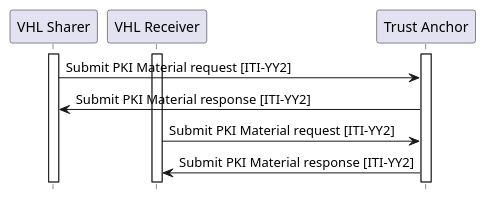
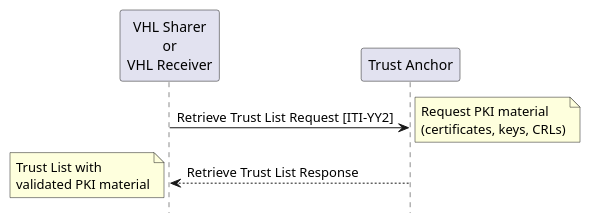
Before and after one commit to IHE/ITI.VHL: the diagram in input/images-source/ITI-YY2.plantuml, drawn with PlantUML. The commit also changed 14 other files, not shown here.

```diff
--- a/input/images-source/ITI-YY2.plantuml
+++ b/input/images-source/ITI-YY2.plantuml
@@ -1,19 +1,20 @@
 @startuml
 skinparam svgDimensionStyle false
 hide footbox
-participant "VHL Sharer" as VHLS
-participant "VHL Receiver" as VHLR
+
+participant "VHL Sharer\nor\nVHL Receiver" as Client
 participant "Trust Anchor" as TA
 
-activate VHLS
-activate TA
-activate VHLR
+Client -> TA: Retrieve Trust List Request [ITI-YY2]
+note right
+  Request PKI material
+  (certificates, keys, CRLs)
+end note
 
-
-VHLS -> TA : Submit PKI Material request [ITI-YY2]
-TA -> VHLS : Submit PKI Material response [ITI-YY2]
-VHLR -> TA : Submit PKI Material request [ITI-YY2]
-TA -> VHLR : Submit PKI Material response [ITI-YY2]
-
+TA --> Client: Retrieve Trust List Response
+note left
+  Trust List with
+  validated PKI material
+end note
 
 @enduml
```
